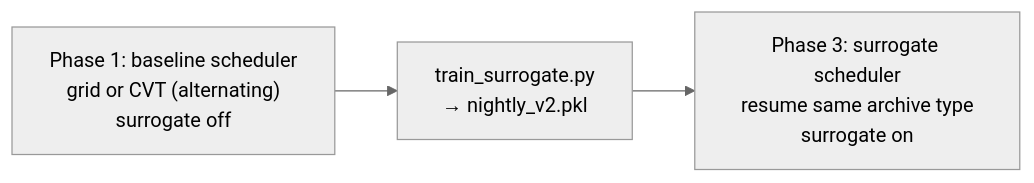
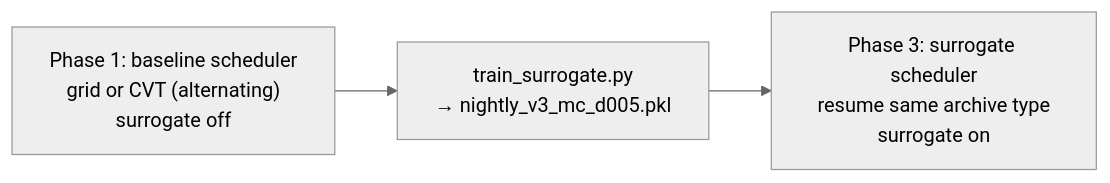
Before and after one commit to Starovoitov/LifeManifold: diagram 11 of 11 in docs/MAPELITES.md, drawn with Mermaid (neutral theme). The commit also changed other lines of this file and 11 other files, not shown here.

````diff
--- a/docs/MAPELITES.md
+++ b/docs/MAPELITES.md
@@ -682,7 +687,7 @@
 ```mermaid
 flowchart LR
   P1["Phase 1: baseline scheduler\ngrid or CVT (alternating)\nsurrogate off"]
-  TR["train_surrogate.py\n→ nightly_v2.pkl"]
+  TR["train_surrogate.py\n→ nightly_v3_mc_d005.pkl"]
   SUR["Phase 3: surrogate scheduler\nresume same archive type\nsurrogate on"]
   P1 --> TR --> SUR
 ```
````
